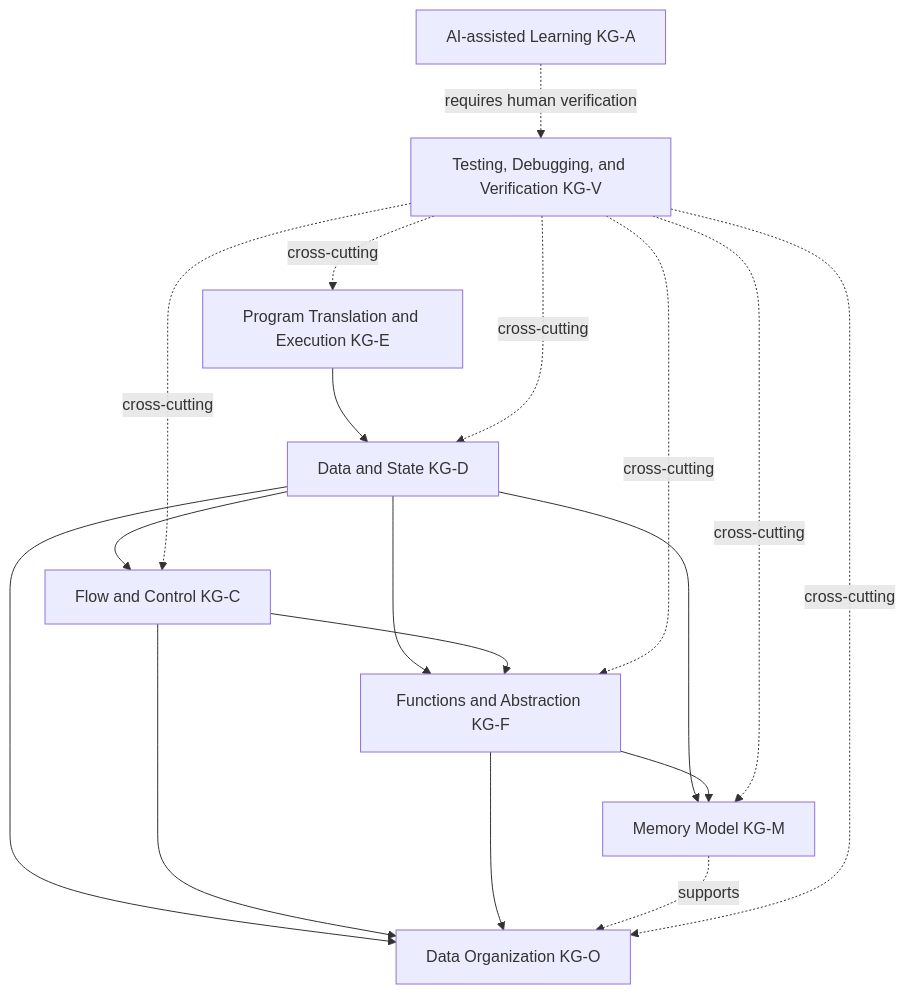
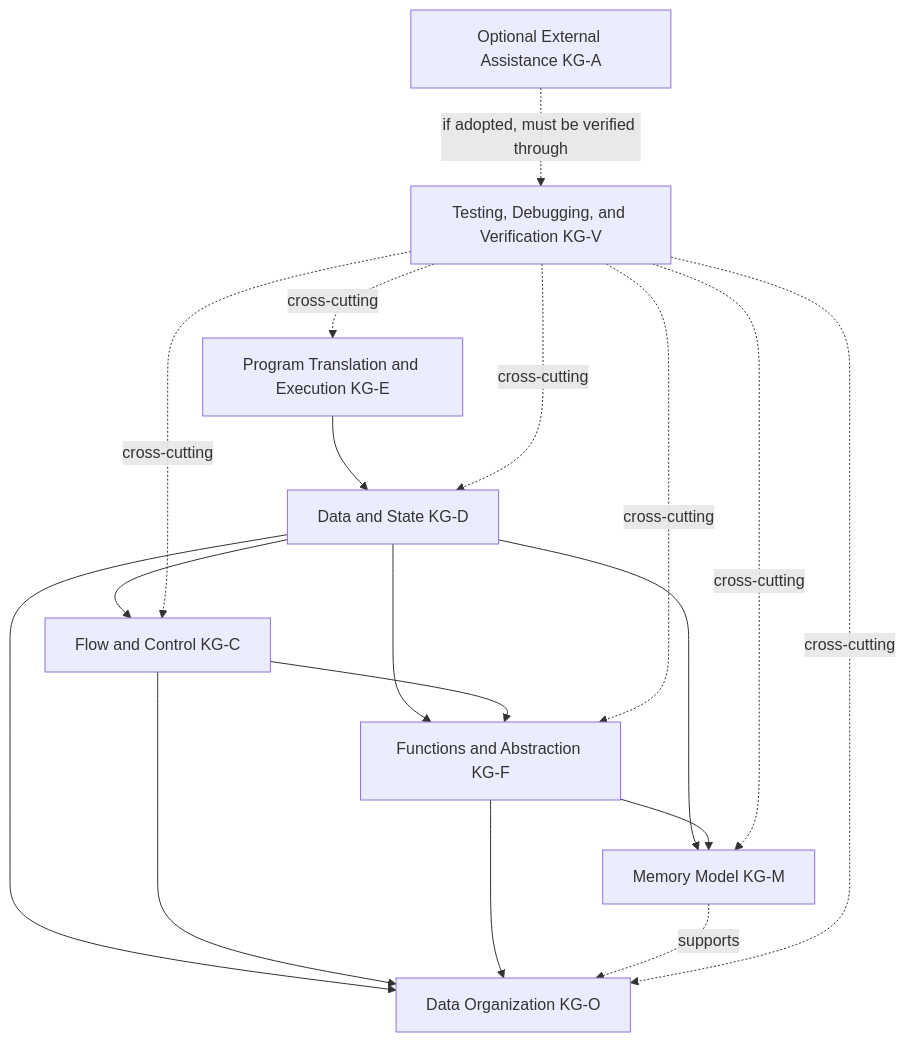
Before and after one commit to inred329/summer_pre_course_2026: the first of 9 diagrams in design/04-programming-language-knowledge-graph.en.md, drawn with Mermaid. The commit also changed other lines of this file and 104 other files, not shown here.

````diff
--- a/design/04-programming-language-knowledge-graph.en.md
+++ b/design/04-programming-language-knowledge-graph.en.md
@@ -38,22 +41,22 @@
 ```mermaid
 flowchart TD
     E[Program Translation and Execution KG-E] --> D[Data and State KG-D]
     D --> C[Flow and Control KG-C]
     D --> F[Functions and Abstraction KG-F]
     C --> F
     D --> M[Memory Model KG-M]
     F --> M
     D --> O[Data Organization KG-O]
     C --> O
     F --> O
     M -.supports.-> O
 
     V[Testing, Debugging, and Verification KG-V] -.cross-cutting.-> E
     V -.cross-cutting.-> D
     V -.cross-cutting.-> C
     V -.cross-cutting.-> F
     V -.cross-cutting.-> M
     V -.cross-cutting.-> O
 
-    A[AI-assisted Learning KG-A] -.requires human verification.-> V
+    A[Optional External Assistance KG-A] -.if adopted, must be verified through.-> V
 ```
````
